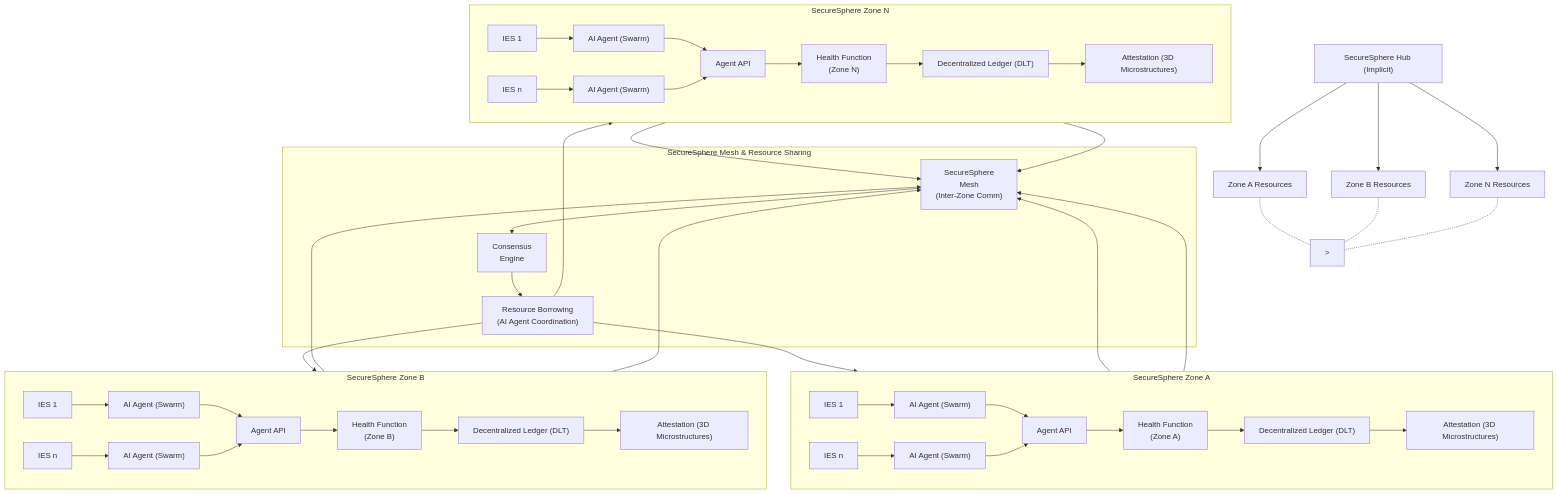
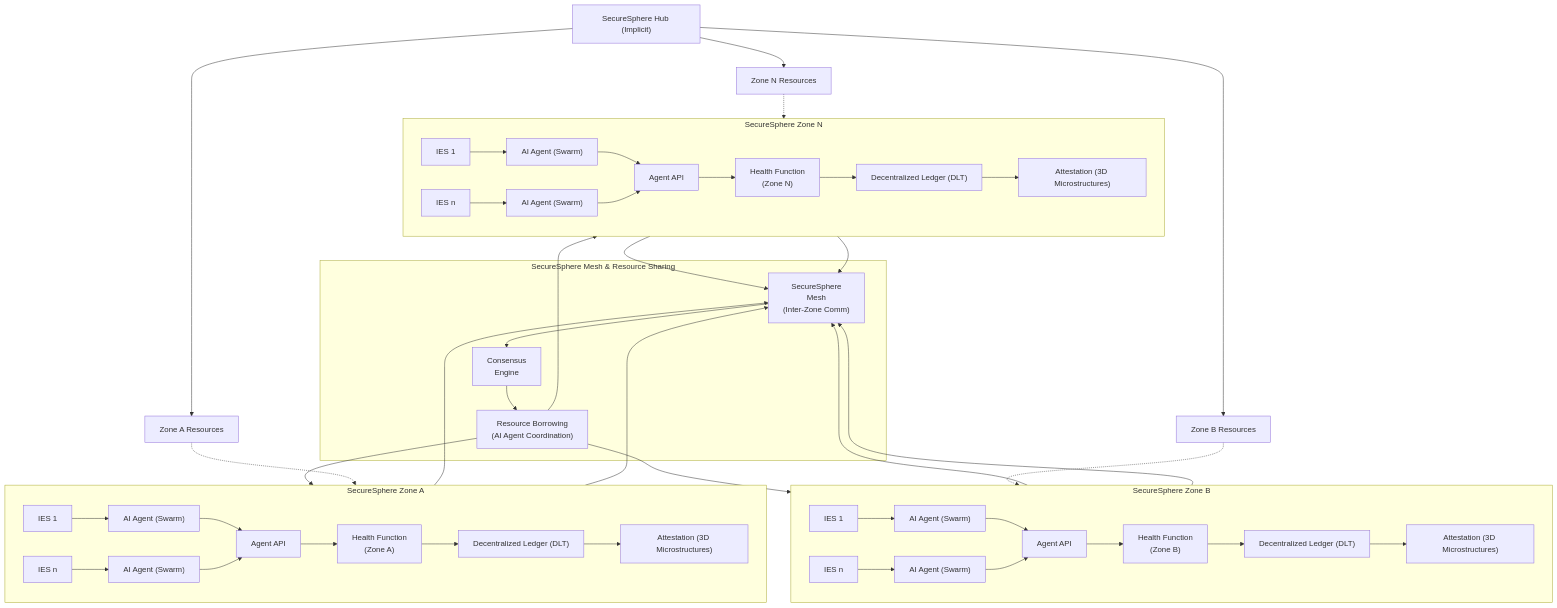
Before and after one commit to nshkrdotcom/ASKA: the fourth of 5 diagrams in 6.md, drawn with Mermaid. The commit also changed other lines of this file and 1 other file, not shown here.

````diff
--- a/6.md
+++ b/6.md
@@ -629,63 +629,63 @@
     ```mermaid
     graph
         subgraph SecureSphere Zone A
             direction LR
             IES_A1[IES 1] --> Agent_A1["AI Agent (Swarm)"]
             IES_An[IES n] --> Agent_An["AI Agent (Swarm)"]
             Agent_A1 --> API_A["Agent API"]
             Agent_An --> API_A
             API_A --> Health_A["Health Function<br>(Zone A)"]
             Health_A --> DLT_A["Decentralized Ledger (DLT)"]
             DLT_A --> Attestation_A["Attestation (3D Microstructures)"]
     
         end
     
         subgraph SecureSphere Zone B
             direction LR
             IES_B1[IES 1] --> Agent_B1["AI Agent (Swarm)"]
             IES_Bn[IES n] --> Agent_Bn["AI Agent (Swarm)"]
             Agent_B1 --> API_B["Agent API"]
             Agent_Bn --> API_B
             API_B --> Health_B["Health Function<br>(Zone B)"]
             Health_B --> DLT_B["Decentralized Ledger (DLT)"]
             DLT_B --> Attestation_B["Attestation (3D Microstructures)"]
     
         end
         
         subgraph SecureSphere Zone N
             direction LR
             IES_N1[IES 1] --> Agent_N1["AI Agent (Swarm)"]
             IES_Nn[IES n] --> Agent_Nn["AI Agent (Swarm)"]
             Agent_N1 --> API_N["Agent API"]
             Agent_Nn --> API_N
             API_N --> Health_N["Health Function<br>(Zone N)"]
             Health_N --> DLT_N["Decentralized Ledger (DLT)"]
             DLT_N --> Attestation_N["Attestation (3D Microstructures)"]
     
         end
     
     
         subgraph "SecureSphere Mesh & Resource Sharing"
             Attestation_A --> Mesh
             Attestation_B --> Mesh
             Attestation_N --> Mesh
             Health_A --> Mesh
             Health_B --> Mesh
             Health_N --> Mesh
     
             Mesh["SecureSphere<br>Mesh<br>(Inter-Zone Comm)"] --> Consensus["Consensus<br>Engine"]
             Consensus --> ResourceBorrowing["Resource Borrowing<br>(AI Agent Coordination)"]
     
             ResourceBorrowing --> API_A
             ResourceBorrowing --> API_B
             ResourceBorrowing --> API_N
         end
     
-    ZoneA_res["Zone A Resources"] -.-&gt; IES_A1
-    ZoneB_res["Zone B Resources"] -.-&gt; IES_B1 
-    ZoneN_res["Zone N Resources"] -.-&gt; IES_N1 
+    ZoneA_res["Zone A Resources"] -.-> IES_A1
+    ZoneB_res["Zone B Resources"] -.-> IES_B1 
+    ZoneN_res["Zone N Resources"] -.-> IES_N1 
         
         Hub_placeholder["SecureSphere Hub (Implicit)"] --> ZoneA_res
         Hub_placeholder --> ZoneB_res
         Hub_placeholder --> ZoneN_res
     ```
````
